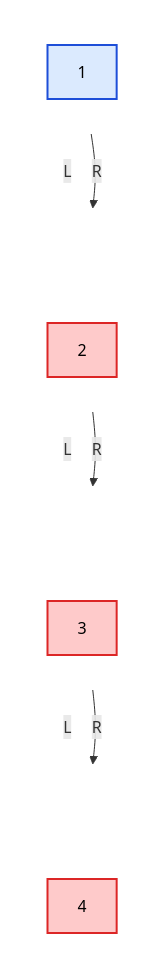
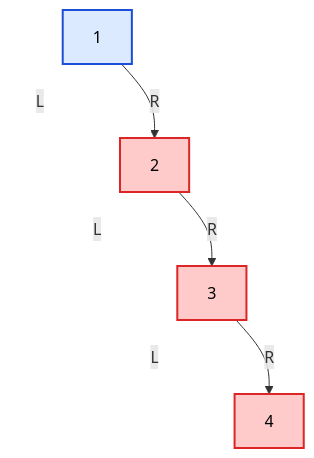
Before and after one commit to FormingSystem/linux_note: the third of 6 diagrams in knowledge/linux/data_structures/红黑树_rb-tree/P04_为什么_BST_会退化.md, drawn with Mermaid. The commit also changed other lines of this file and 5 other files, not shown here.

First line of the commit message:
fix(repository/mermaid): 修复跨渲染器树图布局

````diff
--- a/knowledge/linux/data_structures/红黑树_rb-tree/P04_为什么_BST_会退化.md
+++ b/knowledge/linux/data_structures/红黑树_rb-tree/P04_为什么_BST_会退化.md
@@ -307,49 +259,33 @@
 ```mermaid
 graph TD
-	subgraph level0[" "]
-		direction LR
 		A["1"]
-	end
 
-	subgraph level1[" "]
-		direction LR
 		A_L[" "]
 		B["2"]
-	end
 
-	subgraph level2[" "]
-		direction LR
 		B_L[" "]
 		C["3"]
-	end
 
-	subgraph level3[" "]
-		direction LR
 		C_L[" "]
 		D["4"]
-	end
 
 	A -->|L| A_L
 	A -->|R| B
 	B -->|L| B_L
 	B -->|R| C
 	C -->|L| C_L
 	C -->|R| D
 
 	classDef root_node fill:#dbeafe,stroke:#1d4ed8,stroke-width:2px,color:#000;
 	classDef bad_node fill:#fecaca,stroke:#dc2626,stroke-width:2px,color:#000;
 	classDef ghost fill:transparent,stroke:transparent,color:transparent;
 
 	class A root_node;
 	class B,C,D bad_node;
 	class A_L,B_L,C_L ghost;
 
-	style level0 fill:transparent,stroke:transparent;
-	style level1 fill:transparent,stroke:transparent;
-	style level2 fill:transparent,stroke:transparent;
-	style level3 fill:transparent,stroke:transparent;
 
 	linkStyle 0 stroke:transparent;
 	linkStyle 2 stroke:transparent;
 	linkStyle 4 stroke:transparent;
 ```
````
